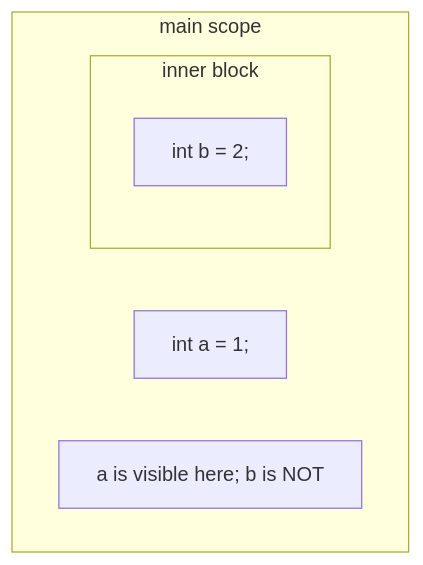
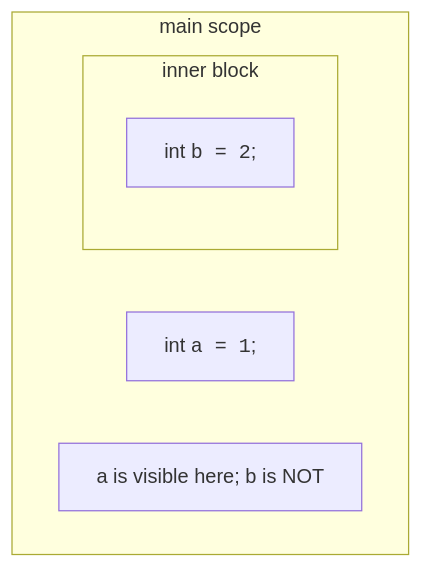
The third of 4 diagrams in content/learn/from-zero-to-cpp/variables-and-memory.mdx (dataslope/dataslope), drawn with Mermaid before and after one commit. The commit also changed other lines of this file and 100 other files, not shown here.

First line of the commit message:
Wrap more code in diagram labels: filenames, hex, assignments, subgraph titles

````diff
--- a/content/learn/from-zero-to-cpp/variables-and-memory.mdx
+++ b/content/learn/from-zero-to-cpp/variables-and-memory.mdx
@@ -181,10 +181,10 @@
 ```mermaid
 flowchart TB
     subgraph "main scope"
-        A["int a = 1;"]
+        A["int <code>a = 1</code>;"]
         subgraph "inner block"
-            B["int b = 2;"]
+            B["int <code>b = 2</code>;"]
         end
         C["a is visible here; b is NOT"]
     end
 ```
````
